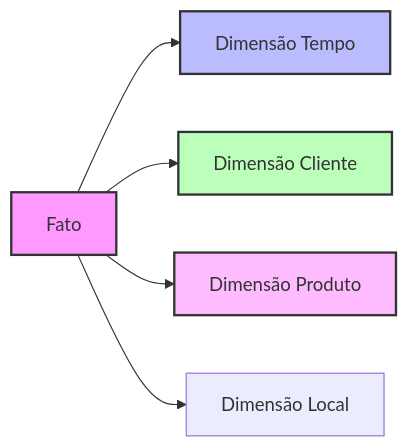
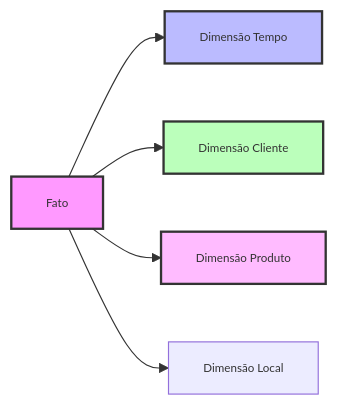
One commit to tiagonpsilva/treinamento-modern-data-stack-01 changed the second of 2 diagrams in modulos/06-bigquery/README.md. Above: the diagram before and after it, drawn with Mermaid. The commit also changed 7 other files, not shown here.

Commit message:
refactor: ajusta formatação dos diagramas Mermaid para usar fonte Arial 10px

````diff
--- a/modulos/06-bigquery/README.md
+++ b/modulos/06-bigquery/README.md
@@ -49,12 +48,13 @@
 ```mermaid
+%%{init: { "themeVariables": { "fontFamily": "Arial", "fontSize": "10px" } }}%%
 flowchart LR
     A[Fato] --> B[Dimensão Tempo]
     A --> C[Dimensão Cliente]
     A --> D[Dimensão Produto]
     A --> E[Dimensão Local]
     
     style A fill:#f9f,stroke:#333,stroke-width:2px
     style B fill:#bbf,stroke:#333,stroke-width:2px
     style C fill:#bfb,stroke:#333,stroke-width:2px
     style D fill:#fbf,stroke:#333,stroke-width:2px
 ```
````
